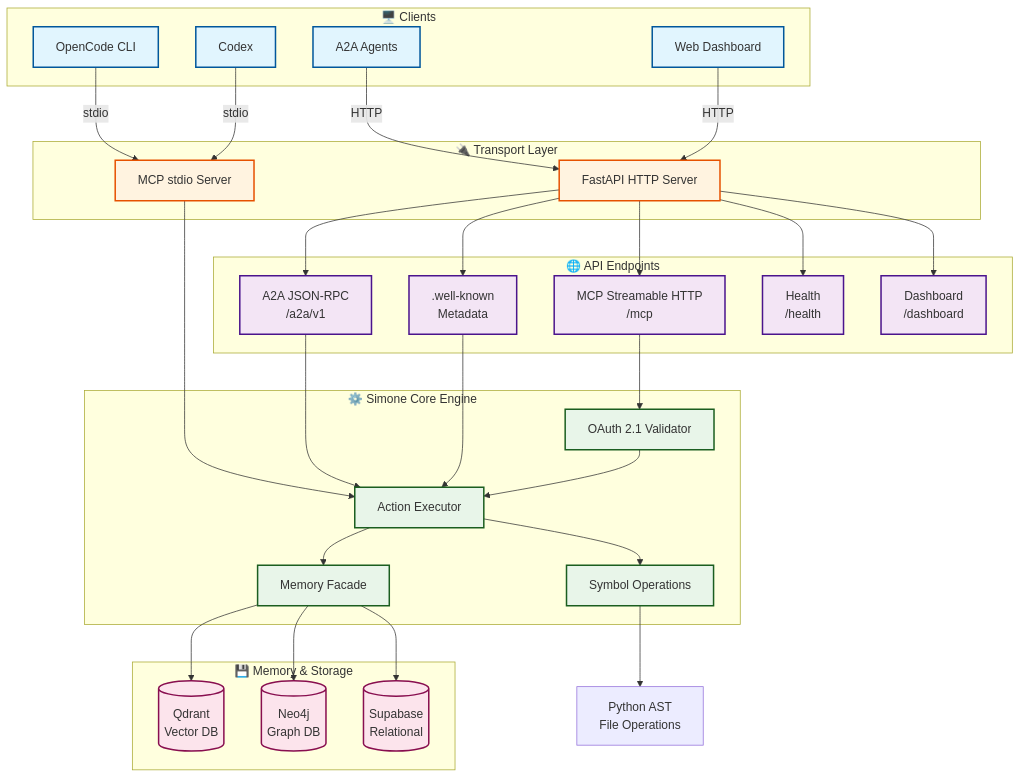
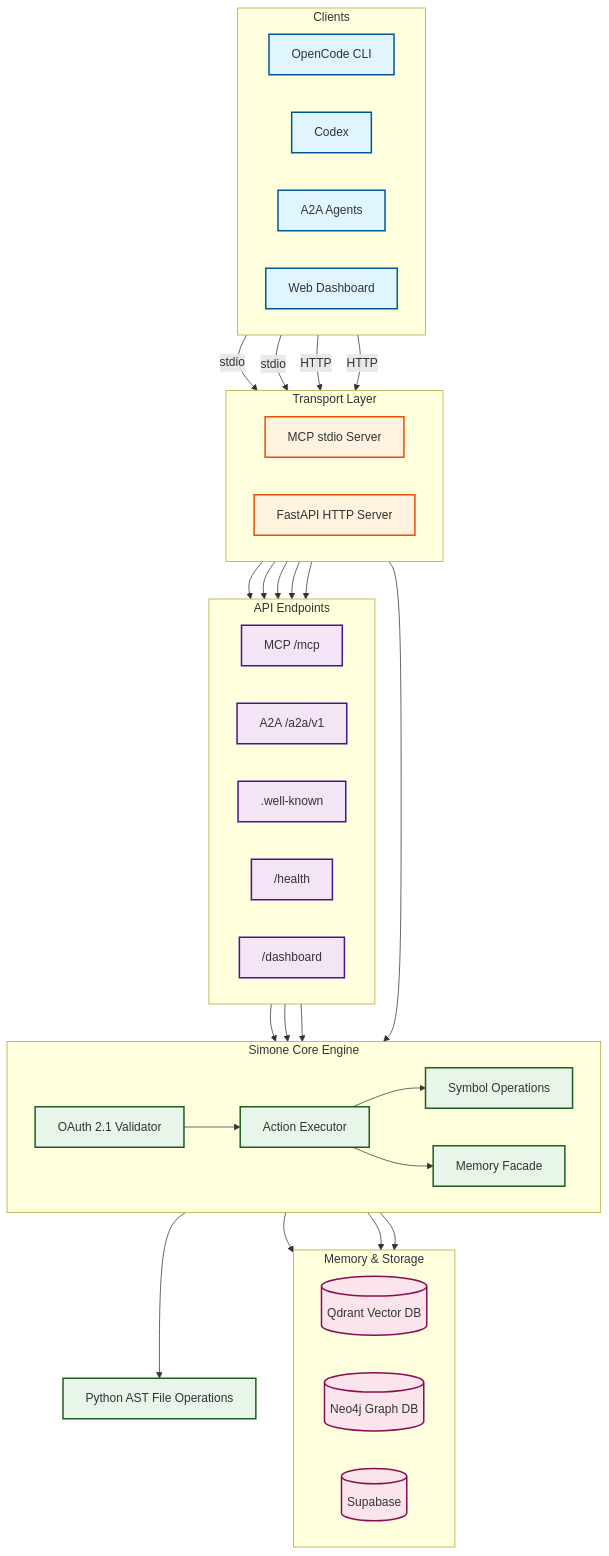
One commit to OpenSIN-Code/SIN-Code changed the first of 15 diagrams in legacy/simone-mcp/docs/architecture.md. Above: the diagram before and after it, drawn with Mermaid. The commit also changed other lines of this file, not shown here.

First line of the commit message:
Fix ALL Mermaid diagram syntax errors - enterprise-level compliance

````diff
--- a/legacy/simone-mcp/docs/architecture.md
+++ b/legacy/simone-mcp/docs/architecture.md
@@ -13,72 +13,77 @@
 ```mermaid
-graph TB
-    subgraph Clients["🖥️ Clients"]
-        OC[OpenCode CLI]
-        CX[Codex]
-        A2A[A2A Agents]
-        WEB[Web Dashboard]
+flowchart TB
+    subgraph Clients["Clients"]
+        direction LR
+        OC["OpenCode CLI"]
+        CX["Codex"]
+        A2A["A2A Agents"]
+        WEB["Web Dashboard"]
     end
 
-    subgraph Transport["🔌 Transport Layer"]
-        STDIO[MCP stdio Server]
-        HTTP[FastAPI HTTP Server]
+    subgraph Transport["Transport Layer"]
+        direction LR
+        STDIO["MCP stdio Server"]
+        HTTP["FastAPI HTTP Server"]
     end
 
-    subgraph Endpoints["🌐 API Endpoints"]
-        MCP[MCP Streamable HTTP<br/>/mcp]
-        A2AEP[A2A JSON-RPC<br/>/a2a/v1]
-        WELL[.well-known<br/>Metadata]
-        HEALTH[Health<br/>/health]
-        DASH[Dashboard<br/>/dashboard]
+    subgraph Endpoints["API Endpoints"]
+        direction LR
+        MCP["MCP /mcp"]
+        A2AEP["A2A /a2a/v1"]
+        WELL[".well-known"]
+        HEALTH["/health"]
+        DASH["/dashboard"]
     end
 
-    subgraph Core["⚙️ Simone Core Engine"]
-        EXEC[Action Executor]
-        SYMBOL[Symbol Operations]
-        MEMORY[Memory Facade]
-        AUTH[OAuth 2.1 Validator]
+    subgraph Core["Simone Core Engine"]
+        direction LR
+        EXEC["Action Executor"]
+        SYMBOL["Symbol Operations"]
+        MEMORY["Memory Facade"]
+        AUTH["OAuth 2.1 Validator"]
     end
 
-    subgraph Storage["💾 Memory & Storage"]
-        QDRANT[(Qdrant<br/>Vector DB)]
-        NEO4J[(Neo4j<br/>Graph DB)]
-        SUPABASE[(Supabase<br/>Relational)]
+    subgraph Storage["Memory & Storage"]
+        direction LR
+        QDRANT[("Qdrant Vector DB")]
+        NEO4J[("Neo4j Graph DB")]
+        SUPABASE[("Supabase")]
     end
 
     OC -->|stdio| STDIO
     CX -->|stdio| STDIO
     A2A -->|HTTP| HTTP
     WEB -->|HTTP| HTTP
 
     STDIO --> EXEC
     HTTP --> MCP
     HTTP --> A2AEP
     HTTP --> WELL
     HTTP --> HEALTH
     HTTP --> DASH
 
     MCP --> AUTH
     A2AEP --> EXEC
     WELL --> EXEC
 
     AUTH --> EXEC
     EXEC --> SYMBOL
     EXEC --> MEMORY
 
-    SYMBOL --> FILES[Python AST<br/>File Operations]
+    SYMBOL --> FILES["Python AST File Operations"]
     MEMORY --> QDRANT
     MEMORY --> NEO4J
     MEMORY --> SUPABASE
 
-    classDef client fill:#e1f5fe,stroke:#01579b,stroke-width:2px
-    classDef transport fill:#fff3e0,stroke:#e65100,stroke-width:2px
-    classDef endpoint fill:#f3e5f5,stroke:#4a148c,stroke-width:2px
-    classDef core fill:#e8f5e9,stroke:#1b5e20,stroke-width:2px
-    classDef storage fill:#fce4ec,stroke:#880e4f,stroke-width:2px
+    classDef clientClass fill:#e1f5fe,stroke:#01579b,stroke-width:2px
+    classDef transportClass fill:#fff3e0,stroke:#e65100,stroke-width:2px
+    classDef endpointClass fill:#f3e5f5,stroke:#4a148c,stroke-width:2px
+    classDef coreClass fill:#e8f5e9,stroke:#1b5e20,stroke-width:2px
+    classDef storageClass fill:#fce4ec,stroke:#880e4f,stroke-width:2px
 
-    class OC,CX,A2A,WEB client
-    class STDIO,HTTP transport
-    class MCP,A2AEP,WELL,HEALTH,DASH endpoint
-    class EXEC,SYMBOL,MEMORY,AUTH core
-    class QDRANT,NEO4J,SUPABASE storage
+    class OC,CX,A2A,WEB clientClass
+    class STDIO,HTTP transportClass
+    class MCP,A2AEP,WELL,HEALTH,DASH endpointClass
+    class EXEC,SYMBOL,MEMORY,AUTH,FILES coreClass
+    class QDRANT,NEO4J,SUPABASE storageClass
 ```
````
